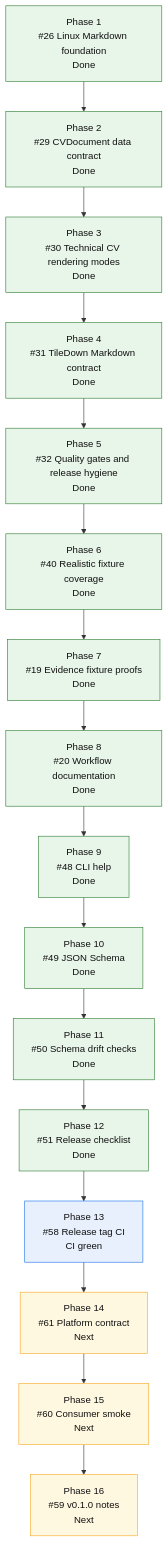
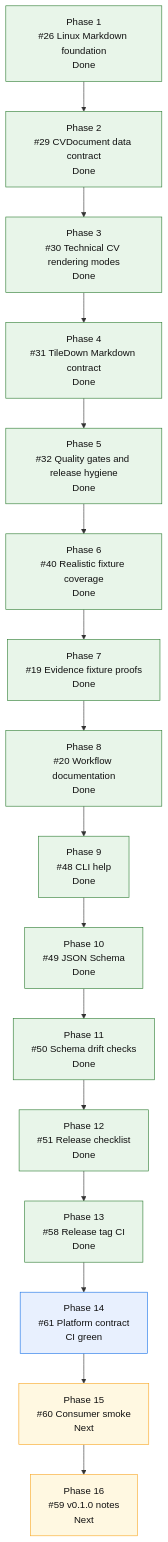
One commit to mihaelamj/cvbuilder changed the diagram in README.md. Above: the diagram before and after it, drawn with Mermaid. The commit also changed other lines of this file and 8 other files, not shown here.

````diff
--- a/README.md
+++ b/README.md
@@ -167,32 +167,32 @@
 ```mermaid
 flowchart TD
     P1["Phase 1<br/>#26 Linux Markdown foundation<br/>Done"]
     P2["Phase 2<br/>#29 CVDocument data contract<br/>Done"]
     P3["Phase 3<br/>#30 Technical CV rendering modes<br/>Done"]
     P4["Phase 4<br/>#31 TileDown Markdown contract<br/>Done"]
     P5["Phase 5<br/>#32 Quality gates and release hygiene<br/>Done"]
     P6["Phase 6<br/>#40 Realistic fixture coverage<br/>Done"]
     P7["Phase 7<br/>#19 Evidence fixture proofs<br/>Done"]
     P8["Phase 8<br/>#20 Workflow documentation<br/>Done"]
     P9["Phase 9<br/>#48 CLI help<br/>Done"]
     P10["Phase 10<br/>#49 JSON Schema<br/>Done"]
     P11["Phase 11<br/>#50 Schema drift checks<br/>Done"]
     P12["Phase 12<br/>#51 Release checklist<br/>Done"]
-    P13["Phase 13<br/>#58 Release tag CI<br/>CI green"]
-    P14["Phase 14<br/>#61 Platform contract<br/>Next"]
+    P13["Phase 13<br/>#58 Release tag CI<br/>Done"]
+    P14["Phase 14<br/>#61 Platform contract<br/>CI green"]
     P15["Phase 15<br/>#60 Consumer smoke<br/>Next"]
     P16["Phase 16<br/>#59 v0.1.0 notes<br/>Next"]
 
     P1 --> P2 --> P3 --> P4 --> P5 --> P6 --> P7 --> P8 --> P9 --> P10 --> P11 --> P12 --> P13 --> P14 --> P15 --> P16
 
     classDef done fill:#e8f5e9,stroke:#2e7d32,color:#111;
     classDef active fill:#fff3e0,stroke:#ef6c00,color:#111;
     classDef review fill:#e8f0fe,stroke:#1a73e8,color:#111;
     classDef next fill:#fff8e1,stroke:#f9a825,color:#111;
     classDef partial fill:#e0f7fa,stroke:#00838f,color:#111;
     classDef todo fill:#eef3ff,stroke:#3367d6,color:#111;
     class P1,P2,P3,P4 done;
-    class P5,P6,P7,P8,P9,P10,P11,P12 done;
-    class P13 review;
-    class P14,P15,P16 next;
+    class P5,P6,P7,P8,P9,P10,P11,P12,P13 done;
+    class P14 review;
+    class P15,P16 next;
 ```
````
